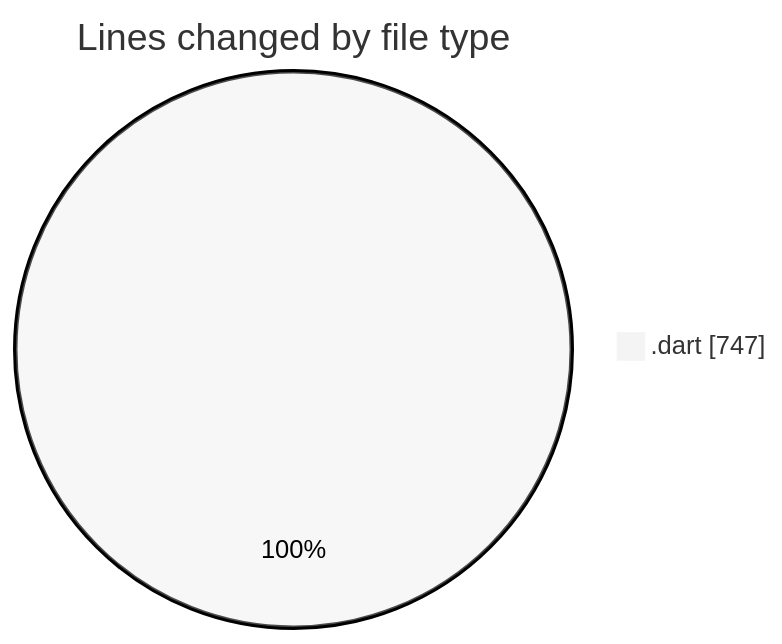
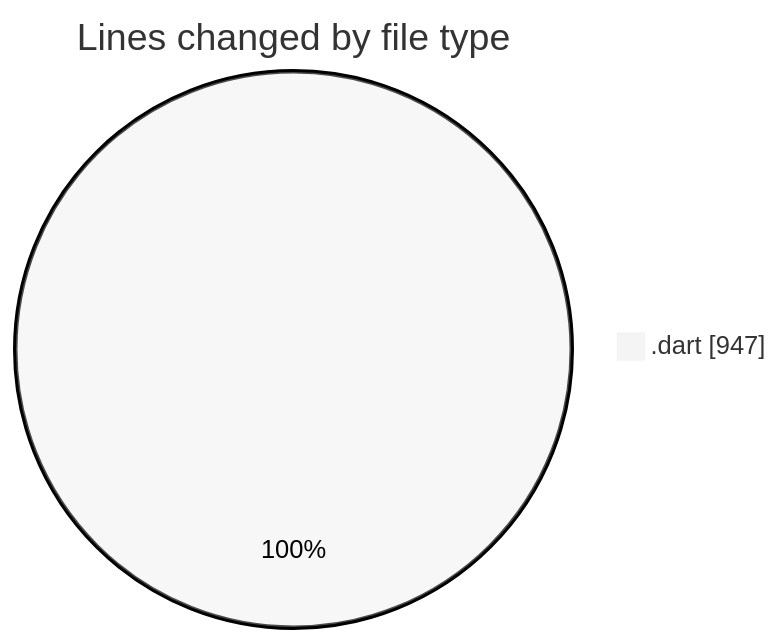
Before and after one commit to donsfak/code-tracking: the first of 2 diagrams in 2025-03-08/uber_clone/README.md, drawn with Mermaid (neutral theme). The commit also changed other lines of this file and 1 other file, not shown here.

````diff
--- a/2025-03-08/uber_clone/README.md
+++ b/2025-03-08/uber_clone/README.md
@@ -21,5 +21,5 @@
 ```mermaid
 pie showData
 title Lines changed by file type
-".dart" : 747
+".dart" : 947
 ```
````
